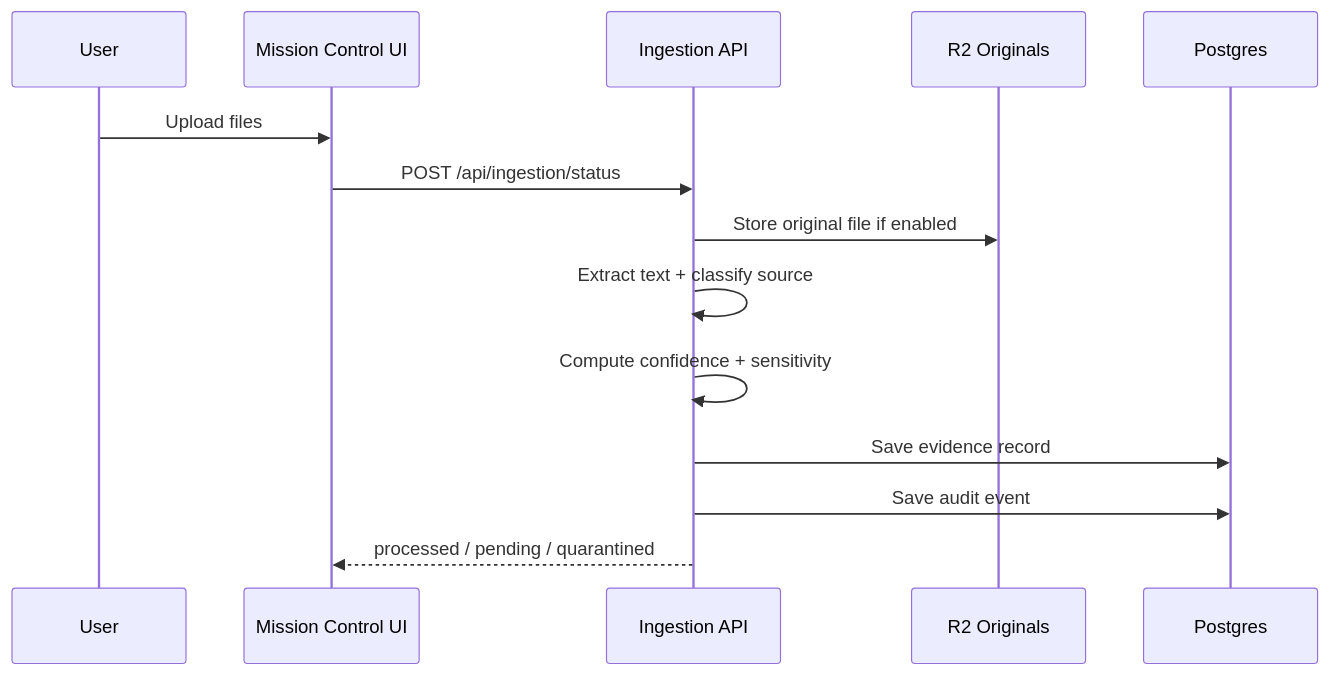
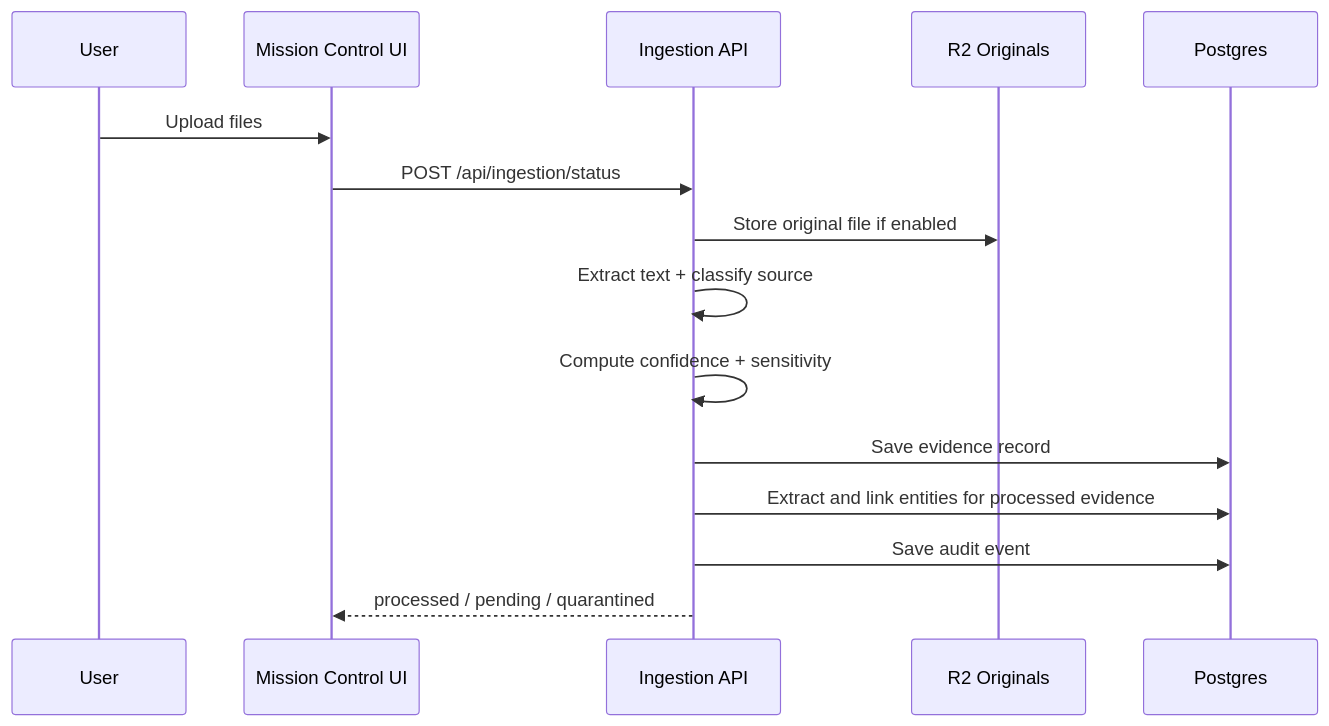
Before and after one commit to asjanjua/nexus-core: the second of 5 diagrams in docs/ARCHITECTURE.md, drawn with Mermaid. The commit also changed other lines of this file and 15 other files, not shown here.

Commit message:
feat: extract entities from evidence

````diff
--- a/docs/ARCHITECTURE.md
+++ b/docs/ARCHITECTURE.md
@@ -211,17 +212,18 @@
 ```mermaid
 sequenceDiagram
   participant User
   participant UI as Mission Control UI
   participant API as Ingestion API
   participant R2 as R2 Originals
   participant DB as Postgres
 
   User->>UI: Upload files
   UI->>API: POST /api/ingestion/status
   API->>R2: Store original file if enabled
   API->>API: Extract text + classify source
   API->>API: Compute confidence + sensitivity
   API->>DB: Save evidence record
+  API->>DB: Extract and link entities for processed evidence
   API->>DB: Save audit event
   API-->>UI: processed / pending / quarantined
 ```
````
